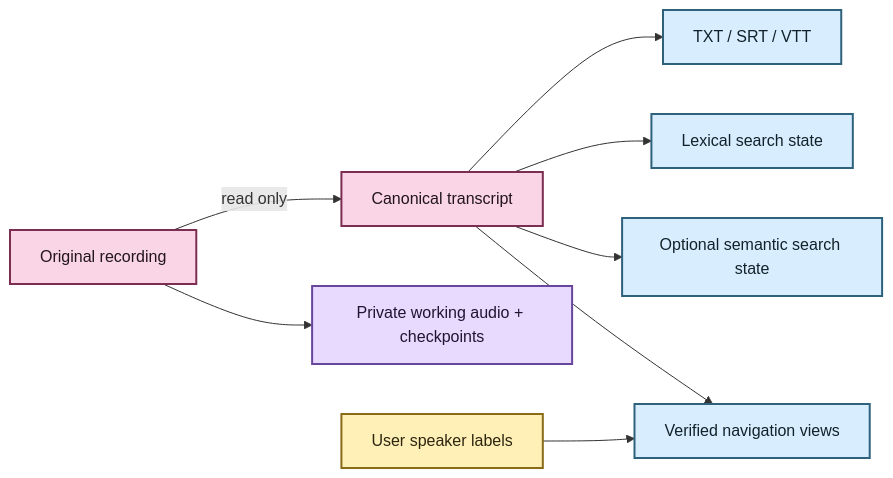
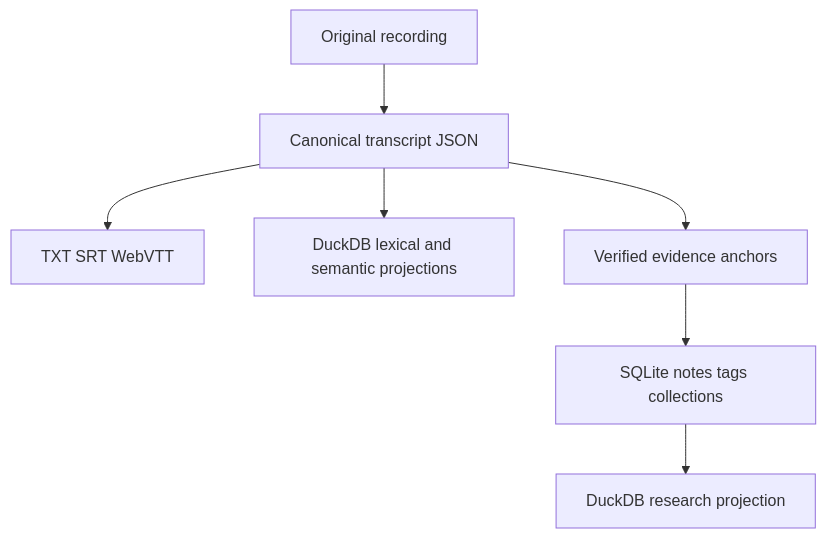
The second of 2 diagrams in docs/getting-started.md (SSD1805/EchoFlow), drawn with Mermaid before and after one commit. The commit also changed other lines of this file, not shown here.

Commit message:
docs: add current research workflow to getting started

````diff
--- a/docs/getting-started.md
+++ b/docs/getting-started.md
@@ -287,20 +262,9 @@
 ```mermaid
-flowchart LR
-    A[Original recording] -->|read only| B[Canonical transcript]
-    B --> C[TXT / SRT / VTT]
-    B --> D[Lexical search state]
-    B --> E[Optional semantic search state]
-    B --> N[Verified navigation views]
-    A --> F[Private working audio + checkpoints]
-    U[User speaker labels] --> N
-
-    classDef evidence fill:#F9D5E5,stroke:#7B2E52,stroke-width:2px,color:#22151B
-    classDef derived fill:#D8EEFF,stroke:#2E617B,stroke-width:2px,color:#12222A
-    classDef work fill:#E8D9FF,stroke:#68469B,stroke-width:2px,color:#1F1630
-    classDef user fill:#FFF0B8,stroke:#8A6B18,stroke-width:2px,color:#2C260F
-
-    class A,B evidence
-    class C,D,E,N derived
-    class F work
-    class U user
+flowchart TD
+    A[Original recording] --> B[Canonical transcript JSON]
+    B --> C[TXT SRT WebVTT]
+    B --> D[DuckDB lexical and semantic projections]
+    B --> E[Verified evidence anchors]
+    E --> F[SQLite notes tags collections]
+    F --> G[DuckDB research projection]
 ```
````
